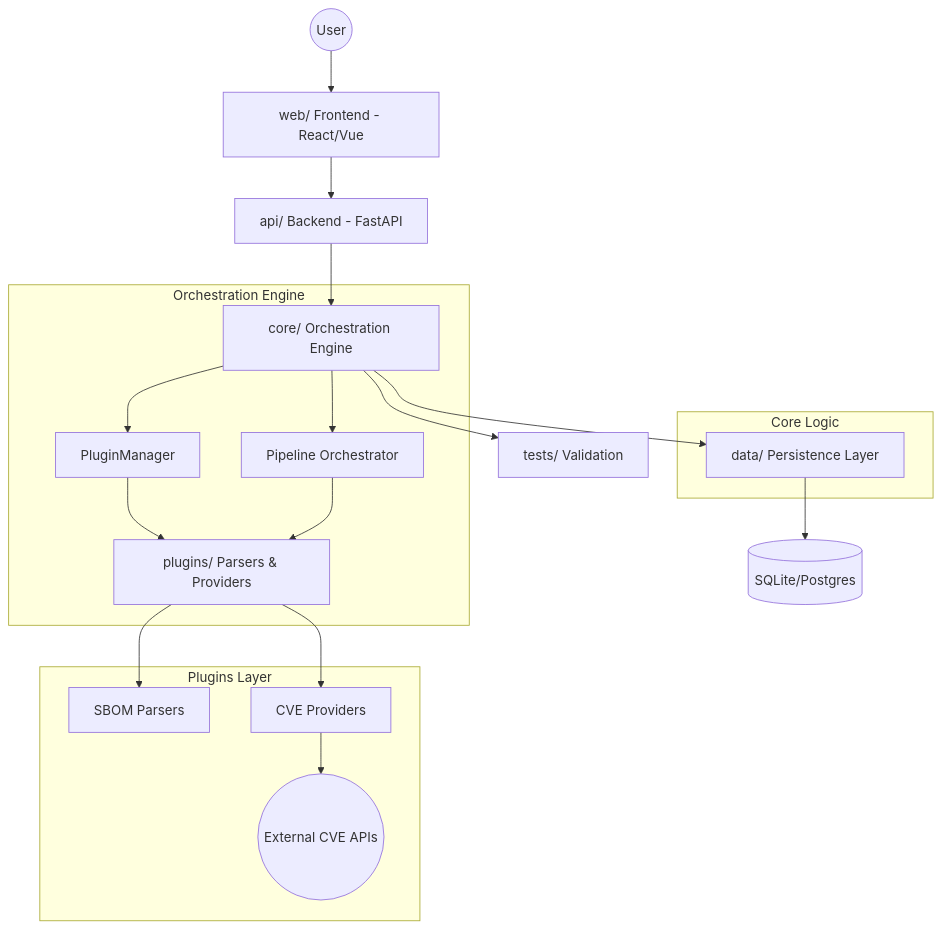
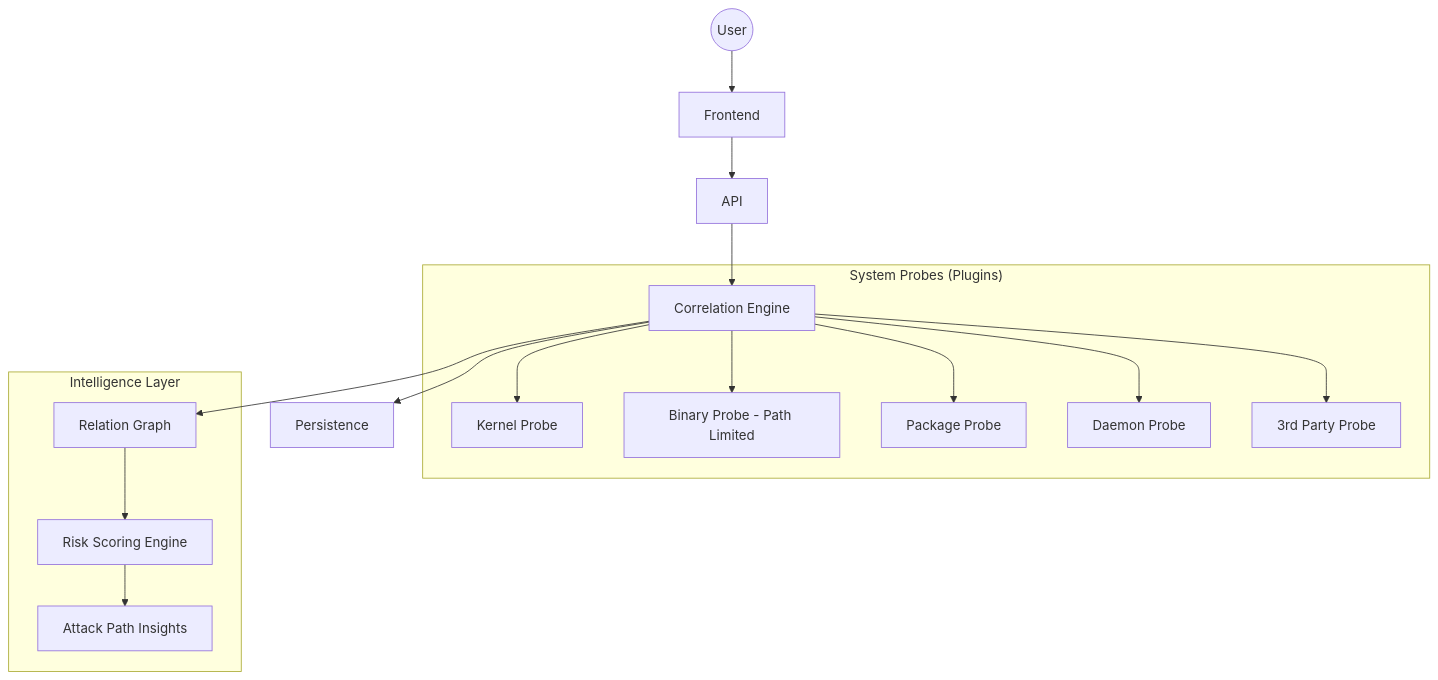
Before and after one commit to won6c/sbomManager: the diagram in CLAUDE.md, drawn with Mermaid. The commit also changed other lines of this file and 21 other files, not shown here.

````diff
--- a/CLAUDE.md
+++ b/CLAUDE.md
@@ -7,29 +7,22 @@
 ```mermaid
 graph TD
-    User((User)) --> Web[web/ Frontend - React/Vue]
-    Web --> API[api/ Backend - FastAPI]
-    API --> Core[core/ Orchestration Engine]
+    User((User)) --> Web[Frontend]
+    Web --> API[API]
+    API --> Core[Correlation Engine]
     
-    subgraph "Orchestration Engine"
-        Core --> PM[PluginManager]
-        Core --> PL[Pipeline Orchestrator]
-        PM --> Plugins[plugins/ Parsers & Providers]
-        PL --> Plugins
+    subgraph "System Probes (Plugins)"
+        Core --> Kernel[Kernel Probe]
+        Core --> Binaries[Binary Probe - Path Limited]
+        Core --> Packages[Package Probe]
+        Core --> Daemons[Daemon Probe]
+        Core --> ThirdParty[3rd Party Probe]
     end
 
-    subgraph "Plugins Layer"
-        Plugins --> SP[SBOM Parsers]
-        Plugins --> CP[CVE Providers]
-        CP --> ExternalAPI((External CVE APIs))
+    subgraph "Intelligence Layer"
+        Core --> Graph[Relation Graph]
+        Graph --> Risk[Risk Scoring Engine]
+        Risk --> Insights[Attack Path Insights]
     end
 
-    Core --> Data[data/ Persistence Layer]
-    Data --> DB[(SQLite/Postgres)]
-    Core --> Tests[tests/ Validation]
-    
-    subgraph "Core Logic"
-        Core
-        Plugins
-        Data
-    end
+    Core --> Data[Persistence]
 ```
````
